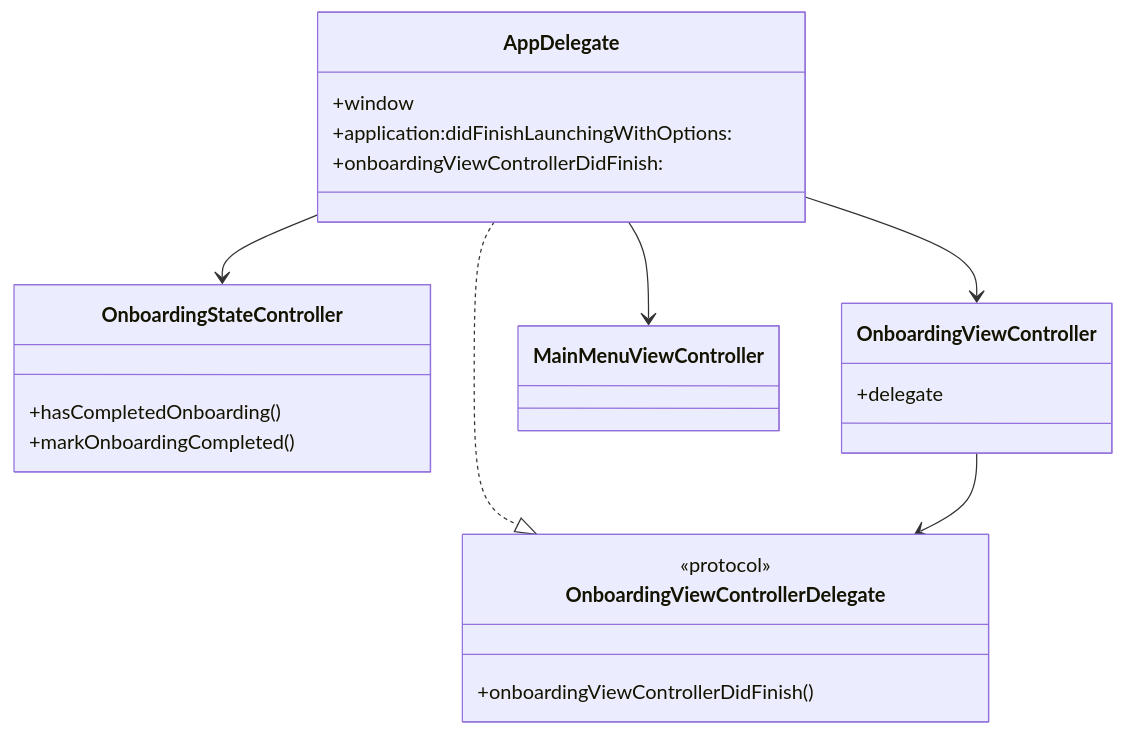
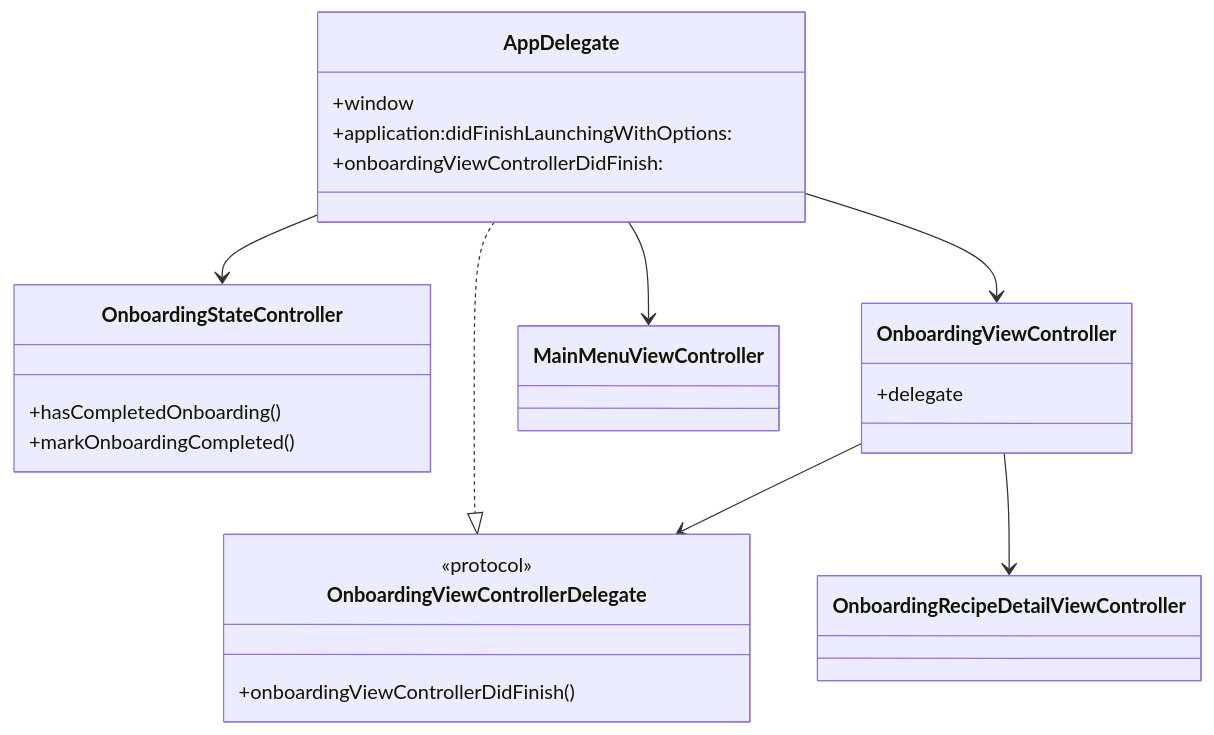
Before and after one commit to bengidev/ios_mrr_learning_project: the fifth of 6 diagrams in ARCHITECTURE.md, drawn with Mermaid. The commit also changed other lines of this file and 5 other files, not shown here.

````diff
--- a/ARCHITECTURE.md
+++ b/ARCHITECTURE.md
@@ -111,30 +128,33 @@
 ```mermaid
 classDiagram
   class AppDelegate {
     +window
     +application:didFinishLaunchingWithOptions:
     +onboardingViewControllerDidFinish:
   }
 
   class OnboardingStateController {
     +hasCompletedOnboarding()
     +markOnboardingCompleted()
   }
 
   class OnboardingViewController {
     +delegate
   }
 
+  class OnboardingRecipeDetailViewController
+
   class OnboardingViewControllerDelegate {
     <<protocol>>
     +onboardingViewControllerDidFinish()
   }
 
   class MainMenuViewController
 
   AppDelegate ..|> OnboardingViewControllerDelegate
   AppDelegate --> OnboardingStateController
   AppDelegate --> OnboardingViewController
   AppDelegate --> MainMenuViewController
   OnboardingViewController --> OnboardingViewControllerDelegate
+  OnboardingViewController --> OnboardingRecipeDetailViewController
 ```
````
